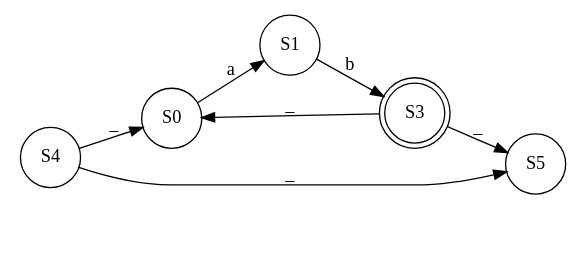
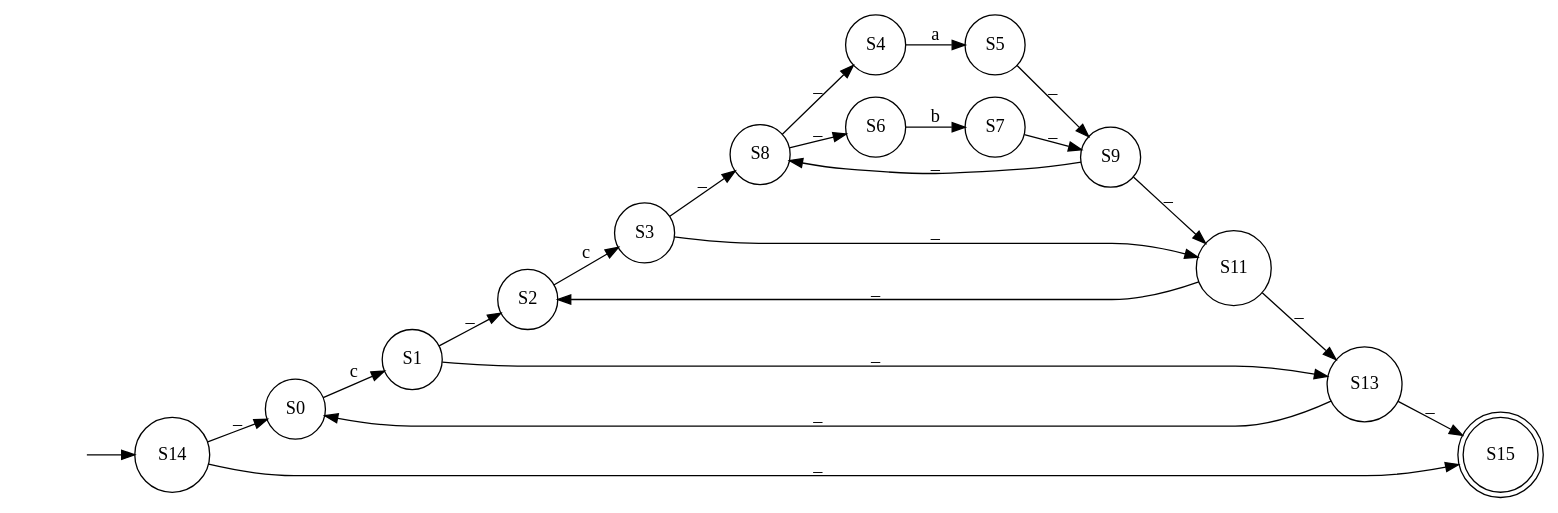
The diagram in ALE2/ALE2/bin/Debug/abc.dot (bobirok/Automata-ALE2), drawn with Graphviz before and after one commit. The commit also changed 14 other files, not shown here.

```diff
--- a/ALE2/ALE2/bin/Debug/abc.dot
+++ b/ALE2/ALE2/bin/Debug/abc.dot
@@ -1,16 +1,39 @@
 digraph myAutomaton {
 rankdir=LR;
-"" [shape=none]
+" " [shape=none]
 "S0" [shape=circle]
 "S1" [shape=circle]
-"S3" [shape=doublecircle]
+"S2" [shape=circle]
+"S3" [shape=circle]
 "S4" [shape=circle]
 "S5" [shape=circle]
+"S6" [shape=circle]
+"S7" [shape=circle]
+"S8" [shape=circle]
+"S9" [shape=circle]
+"S11" [shape=circle]
+"S13" [shape=circle]
+"S14" [shape=circle]
+"S15" [shape=doublecircle]
 
-"S0" -> "S1"[label="a"]
-"S1" -> "S3"[label="b"]
-"S4" -> "S0"[label="_"]
-"S4" -> "S5"[label="_"]
-"S3" -> "S0"[label="_"]
-"S3" -> "S5"[label="_"]
+" " -> "S14""S14" -> "S0"[label="_"]
+"S2" -> "S3"[label="c"]
+"S4" -> "S5"[label="a"]
+"S6" -> "S7"[label="b"]
+"S8" -> "S4"[label="_"]
+"S8" -> "S6"[label="_"]
+"S5" -> "S9"[label="_"]
+"S7" -> "S9"[label="_"]
+"S3" -> "S8"[label="_"]
+"S3" -> "S11"[label="_"]
+"S9" -> "S8"[label="_"]
+"S9" -> "S11"[label="_"]
+"S1" -> "S2"[label="_"]
+"S1" -> "S13"[label="_"]
+"S11" -> "S2"[label="_"]
+"S11" -> "S13"[label="_"]
+"S0" -> "S1"[label="c"]
+"S14" -> "S15"[label="_"]
+"S13" -> "S0"[label="_"]
+"S13" -> "S15"[label="_"]
 }
```
